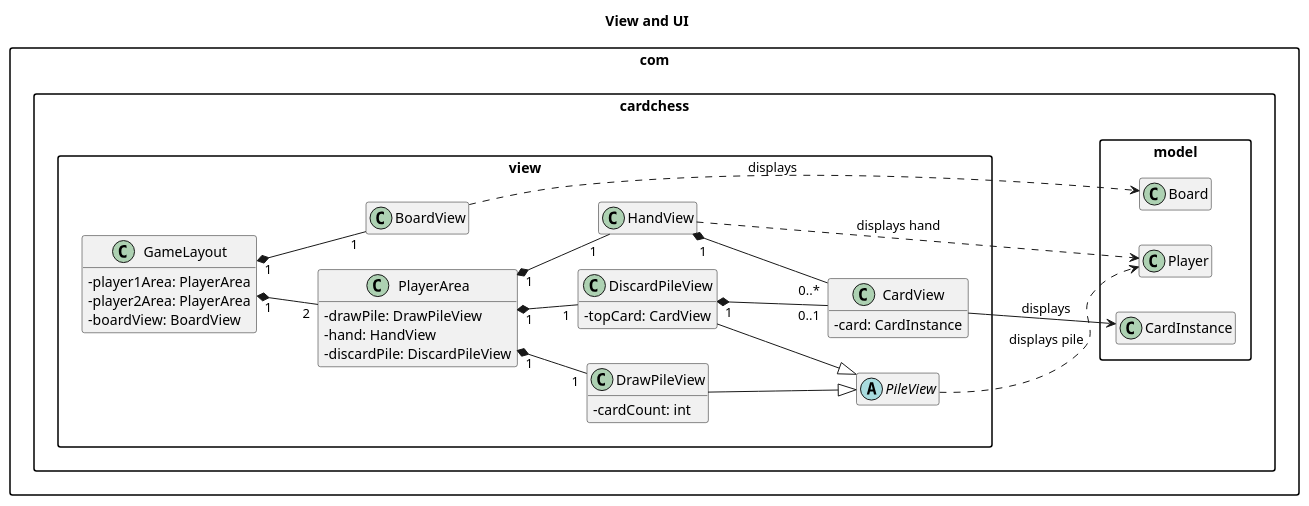
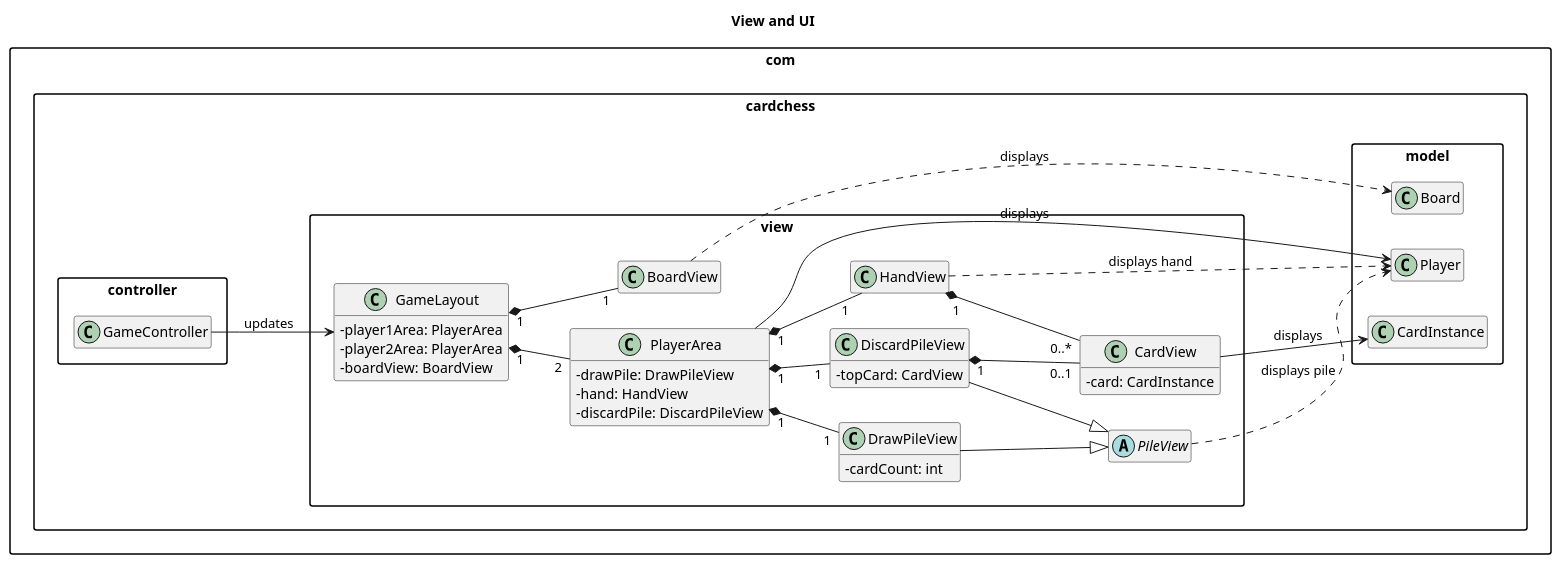
Before and after one commit to its-me-jon/cardChess: the diagram in demo/docs/ViewAndUI.puml, drawn with PlantUML. The commit also changed 8 other files, not shown here.

Commit message:
Update UML

```diff
--- a/demo/docs/ViewAndUI.puml
+++ b/demo/docs/ViewAndUI.puml
@@ -1,87 +1,90 @@
 @startuml
 title View and UI
 
 left to right direction
 
 skinparam classAttributeIconSize 0
 skinparam packageStyle rectangle
 hide empty members
 
 package "com.cardchess.view" {
 
   ' Main Game Layout
 
   together {
     class GameLayout {
       - player1Area: PlayerArea
       - player2Area: PlayerArea
       - boardView: BoardView
     }
 
     class PlayerArea {
       - drawPile: DrawPileView
       - hand: HandView
       - discardPile: DiscardPileView
     }
 
     class BoardView
   }
 
   ' Card and Pile Views
 
   together {
-    class HandView {
-    }
+    class HandView
 
-    abstract class PileView {
-    }
+    abstract class PileView
 
     class DrawPileView {
       - cardCount: int
     }
 
     class DiscardPileView {
       - topCard: CardView
     }
 
     class CardView {
       - card: CardInstance
     }
   }
+}
 
+package "com.cardchess.controller" {
+  class GameController
 }
 
 package "com.cardchess.model" {
-
-  ' Supporting Types
-
   class Player
   class Board
   class CardInstance
 }
 
 ' View Inheritance
 
 DrawPileView --|> PileView
 DiscardPileView --|> PileView
 
 ' View Composition
 
 GameLayout "1" *-- "2" PlayerArea
 GameLayout "1" *-- "1" BoardView
 
 PlayerArea "1" *-- "1" HandView
 PlayerArea "1" *-- "1" DrawPileView
 PlayerArea "1" *-- "1" DiscardPileView
 
 HandView "1" *-- "0..*" CardView
 DiscardPileView "1" *-- "0..1" CardView
 
 ' View and Model Relationships
 
+PlayerArea --> Player : displays
 CardView --> CardInstance : displays
 HandView ..> Player : displays hand
 PileView ..> Player : displays pile
 BoardView ..> Board : displays
 
+' Controller Relationships
+
+GameController --> GameLayout : updates
+
 @enduml
```
